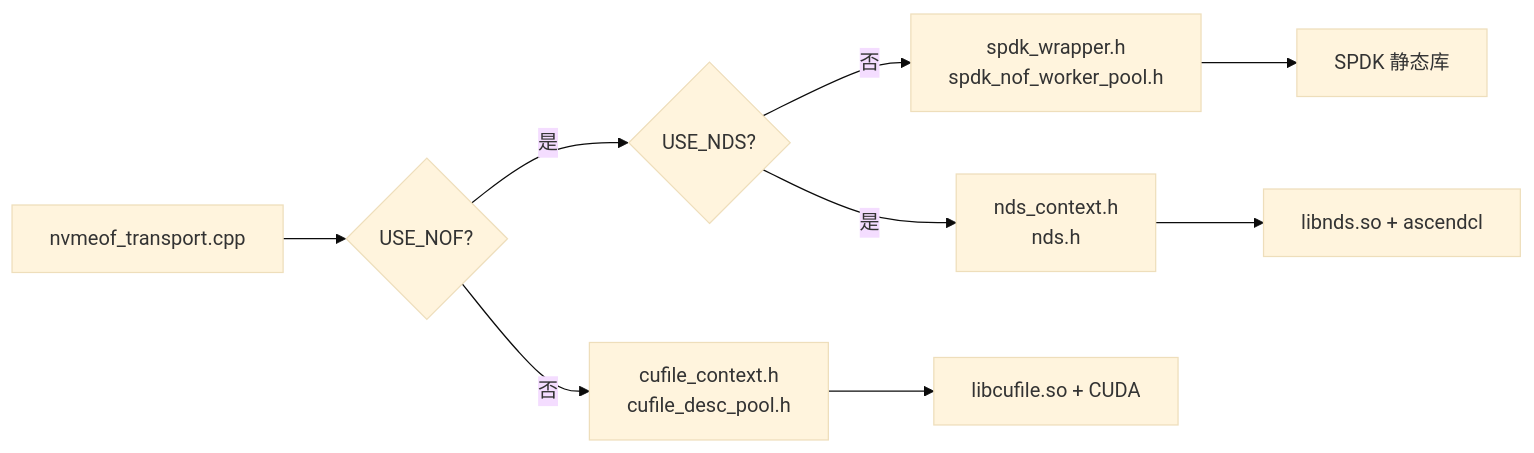
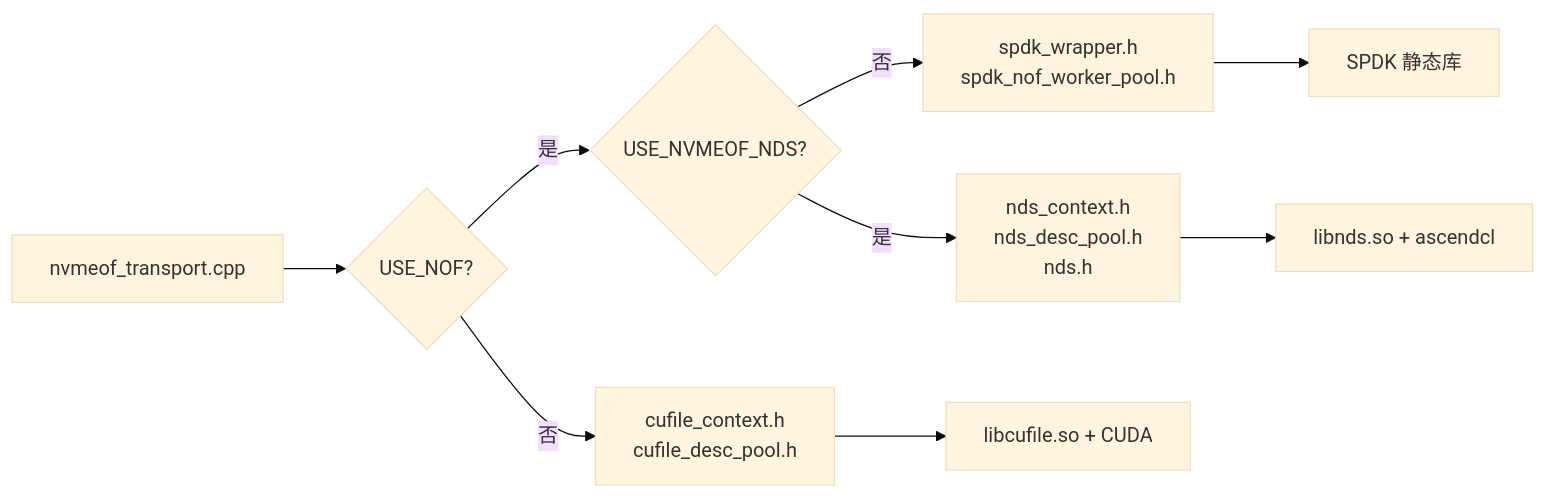
The second of 17 diagrams in docs/rfc-nds-nvmeof-transport-cn.md (yz53665/Mooncake), drawn with Mermaid (base theme) before and after one commit. The commit also changed other lines of this file, not shown here.

````diff
--- a/docs/rfc-nds-nvmeof-transport-cn.md
+++ b/docs/rfc-nds-nvmeof-transport-cn.md
@@ -111,11 +111,11 @@
 ```mermaid
 flowchart LR
     SRC[nvmeof_transport.cpp] --> IS_NOF{USE_NOF?}
     IS_NOF -->|否| INC_GDS[cufile_context.h<br/>cufile_desc_pool.h]
-    IS_NOF -->|是| IS_NDS{USE_NDS?}
+    IS_NOF -->|是| IS_NDS{USE_NVMEOF_NDS?}
     IS_NDS -->|否| INC_SPDK[spdk_wrapper.h<br/>spdk_nof_worker_pool.h]
-    IS_NDS -->|是| INC_NDS[nds_context.h<br/>nds.h]
+    IS_NDS -->|是| INC_NDS[nds_context.h<br/>nds_desc_pool.h<br/>nds.h]
     INC_GDS --> LINK_GDS[libcufile.so + CUDA]
     INC_SPDK --> LINK_SPDK[SPDK 静态库]
     INC_NDS --> LINK_NDS[libnds.so + ascendcl]
 ```
````
